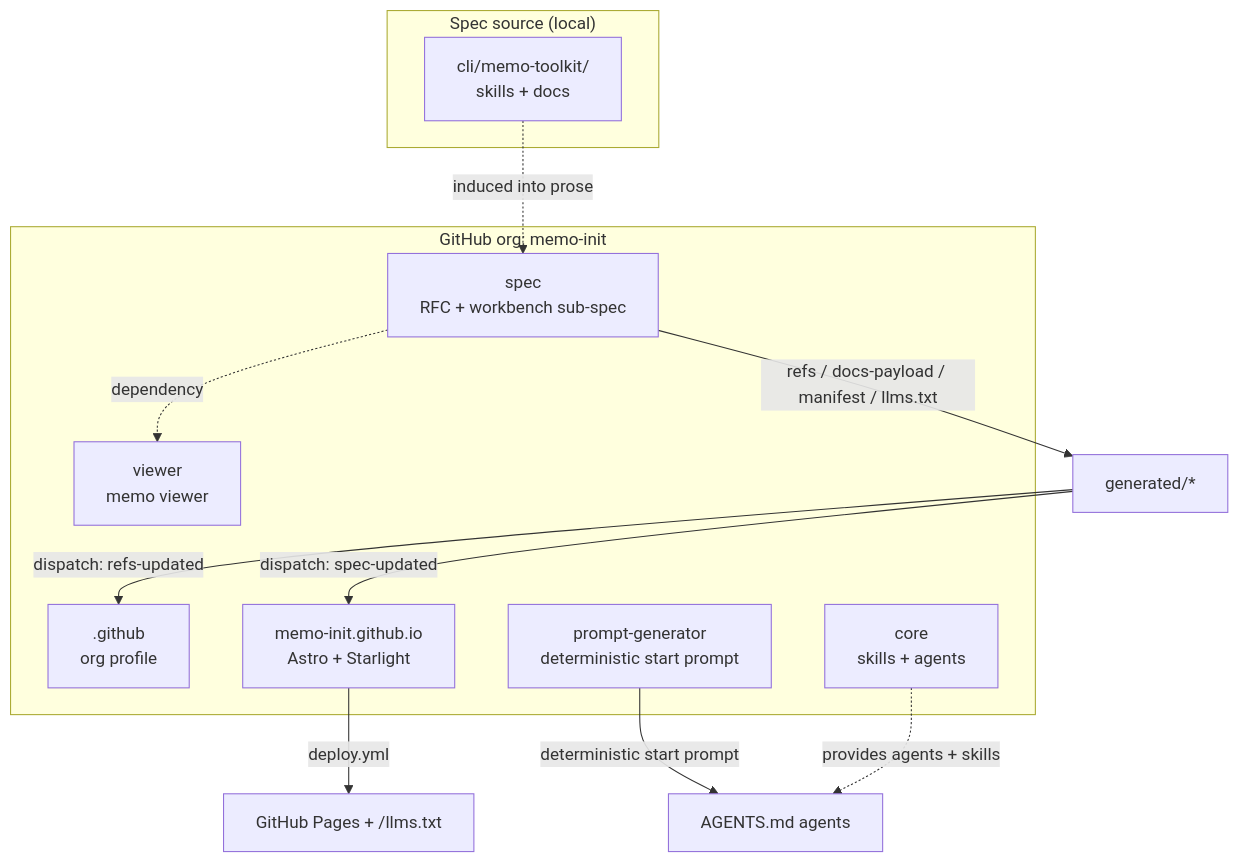
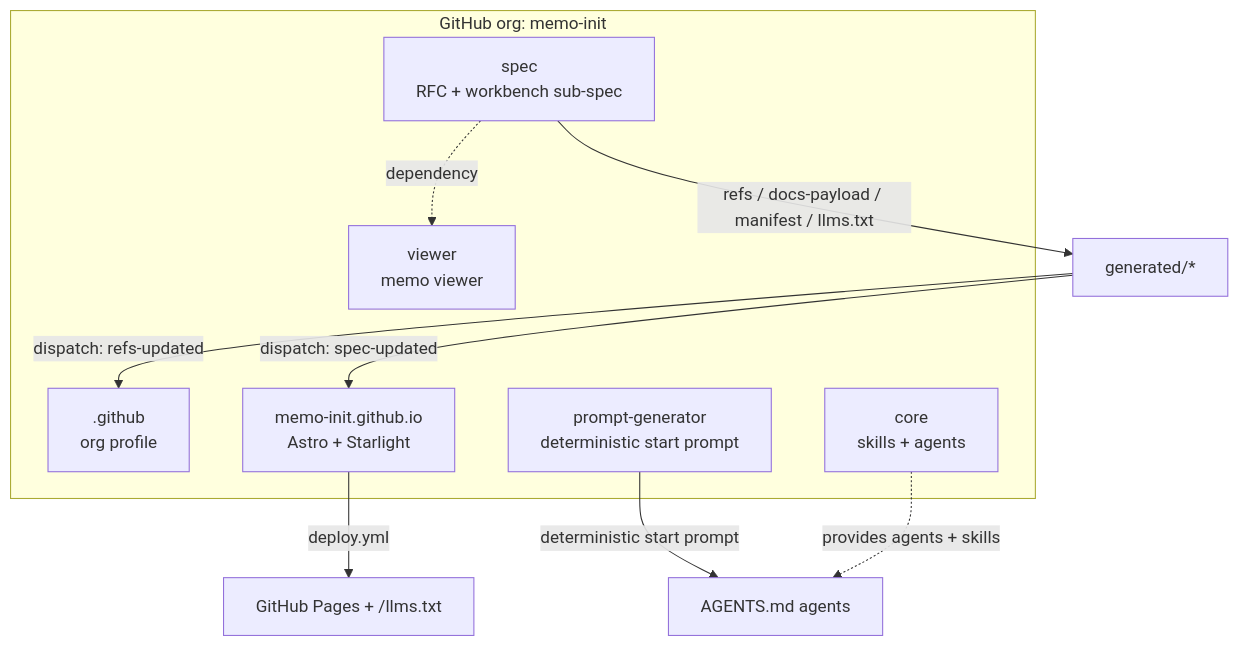
One commit to Memo-Init/spec changed the diagram in generated/docs-payload/00-overview.md. Above: the diagram before and after it, drawn with Mermaid. The commit also changed other lines of this file and 76 other files, not shown here.

````diff
--- a/generated/docs-payload/00-overview.md
+++ b/generated/docs-payload/00-overview.md
@@ -87,24 +58,19 @@
 ```mermaid
 flowchart TD
     subgraph ORG["GitHub org: memo-init"]
         SPEC["spec\nRFC + workbench sub-spec"]
         GH[".github\norg profile"]
         SITE["memo-init.github.io\nAstro + Starlight"]
         VIEW["viewer\nmemo viewer"]
         PG["prompt-generator\ndeterministic start prompt"]
         CORE["core\nskills + agents"]
     end
 
     SPEC -->|"refs / docs-payload / manifest / llms.txt"| GEN["generated/*"]
     GEN -->|"dispatch: refs-updated"| GH
     GEN -->|"dispatch: spec-updated"| SITE
     SITE -->|"deploy.yml"| PAGES["GitHub Pages + /llms.txt"]
     SPEC -. dependency .-> VIEW
     PG -->|"deterministic start prompt"| AGENTS["AGENTS.md agents"]
     CORE -. provides agents + skills .-> AGENTS
-
-    subgraph SRC["Spec source (local)"]
-        TK["cli/memo-toolkit/\nskills + docs"]
-    end
-    TK -.induced into prose.-> SPEC
 ```
````
